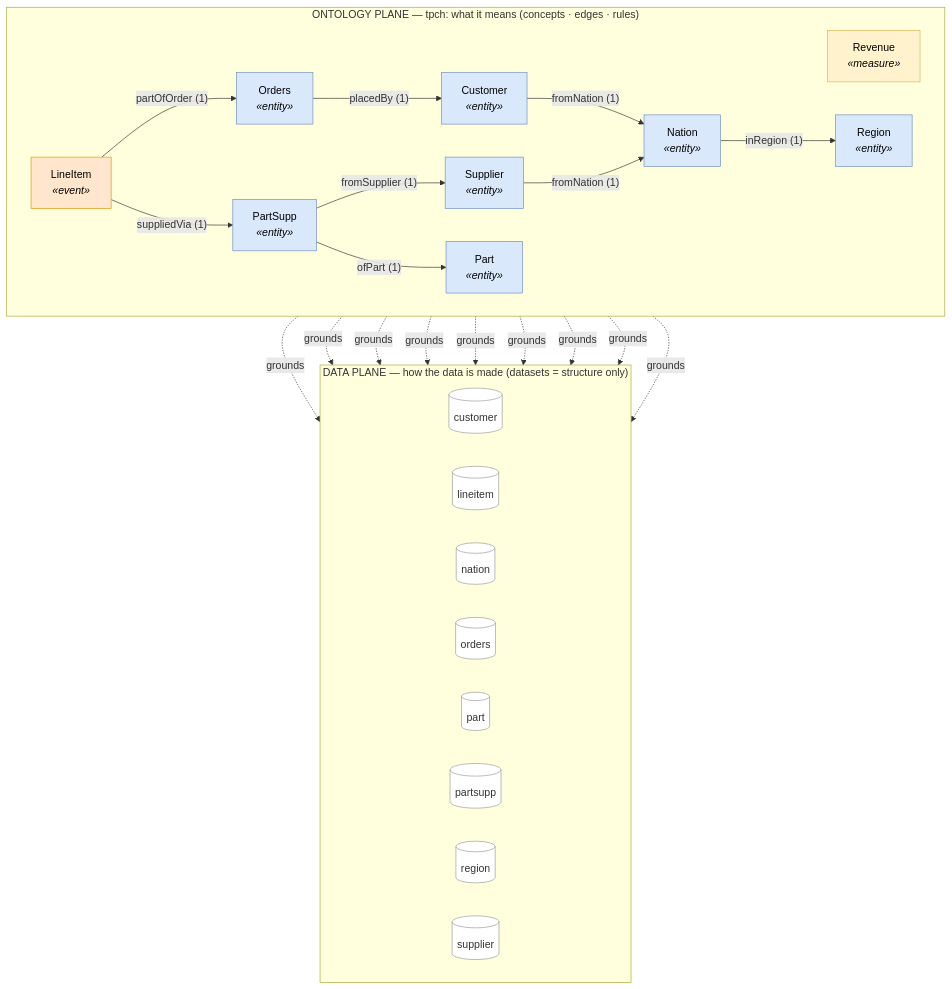
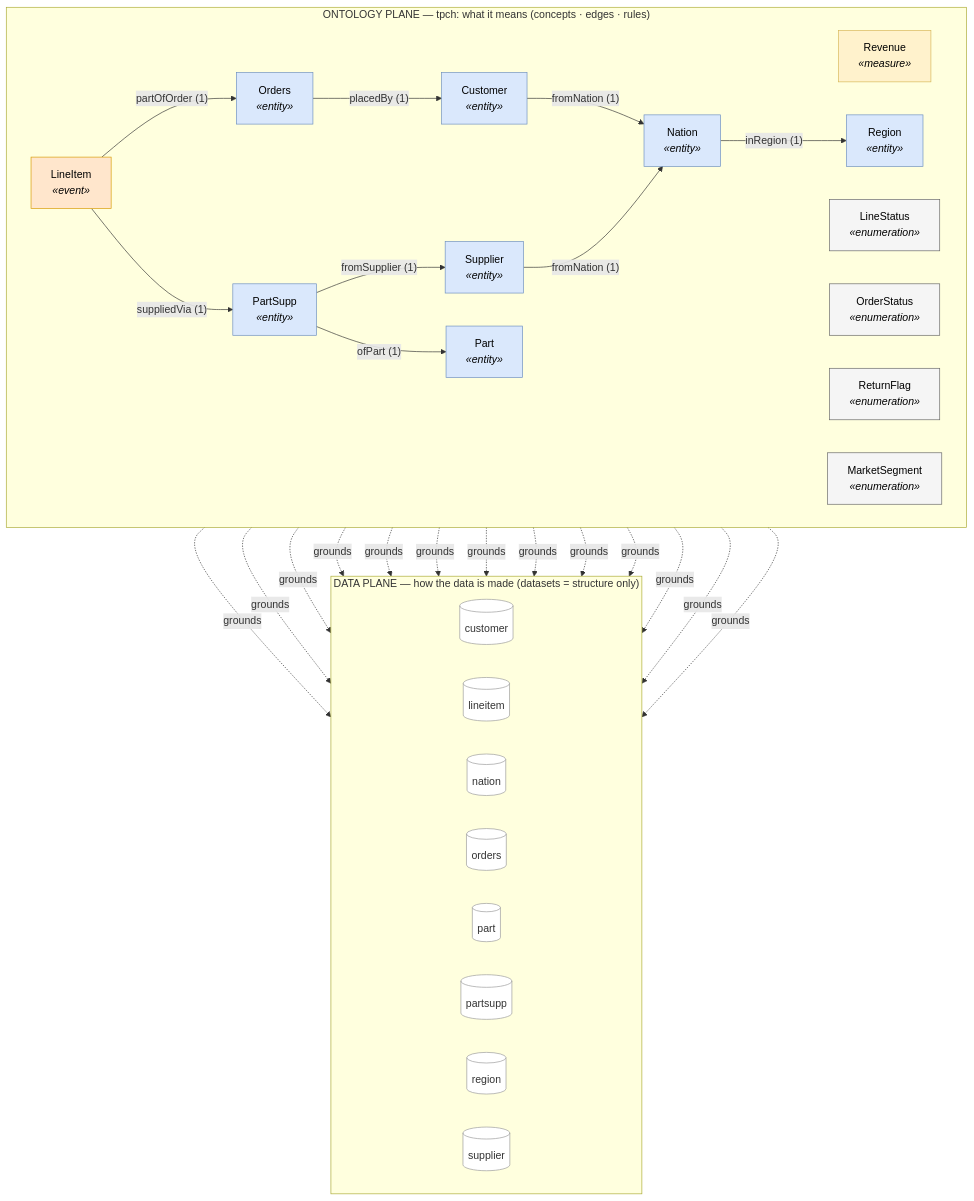
Before and after one commit to d6z7/meaning-as-code: the diagram in example_tpch_ontology/projections/tpch.mmd, drawn with Mermaid. The commit also changed 35 other files, not shown here.

```diff
--- a/example_tpch_ontology/projections/tpch.mmd
+++ b/example_tpch_ontology/projections/tpch.mmd
@@ -1,53 +1,62 @@
 %%{init: {"flowchart": {"curve": "basis"}}}%%
 flowchart TB
   subgraph ONT["ONTOLOGY PLANE — tpch: what it means (concepts · edges · rules)"]
     direction LR
     Revenue["Revenue<br/><i>«measure»</i>"]
     Nation["Nation<br/><i>«entity»</i>"]
     Region["Region<br/><i>«entity»</i>"]
+    LineStatus["LineStatus<br/><i>«enumeration»</i>"]
     LineItem["LineItem<br/><i>«event»</i>"]
+    OrderStatus["OrderStatus<br/><i>«enumeration»</i>"]
     Orders["Orders<br/><i>«entity»</i>"]
+    ReturnFlag["ReturnFlag<br/><i>«enumeration»</i>"]
     Part["Part<br/><i>«entity»</i>"]
     PartSupp["PartSupp<br/><i>«entity»</i>"]
     Customer["Customer<br/><i>«entity»</i>"]
+    MarketSegment["MarketSegment<br/><i>«enumeration»</i>"]
     Supplier["Supplier<br/><i>«entity»</i>"]
     Nation -->|"inRegion (1)"| Region
     Customer -->|"fromNation (1)"| Nation
     Supplier -->|"fromNation (1)"| Nation
     PartSupp -->|"ofPart (1)"| Part
     PartSupp -->|"fromSupplier (1)"| Supplier
     Orders -->|"placedBy (1)"| Customer
     LineItem -->|"partOfOrder (1)"| Orders
     LineItem -->|"suppliedVia (1)"| PartSupp
   end
   subgraph DATA["DATA PLANE — how the data is made (datasets = structure only)"]
     direction LR
     t_customer[("customer")]
     t_lineitem[("lineitem")]
     t_nation[("nation")]
     t_orders[("orders")]
     t_part[("part")]
     t_partsupp[("partsupp")]
     t_region[("region")]
     t_supplier[("supplier")]
   end
   Revenue -. grounds .-> t_lineitem
   Nation -. grounds .-> t_nation
   Region -. grounds .-> t_region
+  LineStatus -. grounds .-> t_lineitem
   LineItem -. grounds .-> t_lineitem
+  OrderStatus -. grounds .-> t_orders
   Orders -. grounds .-> t_orders
+  ReturnFlag -. grounds .-> t_lineitem
   Part -. grounds .-> t_part
   PartSupp -. grounds .-> t_partsupp
   Customer -. grounds .-> t_customer
+  MarketSegment -. grounds .-> t_customer
   Supplier -. grounds .-> t_supplier
   classDef entity fill:#dae8fc,stroke:#6c8ebf,color:#000;
   classDef event fill:#ffe6cc,stroke:#d79b00,color:#000;
   classDef reference fill:#d5e8d4,stroke:#82b366,color:#000;
   classDef grouping fill:#e1d5e7,stroke:#9673a6,color:#000;
   classDef measure fill:#fff2cc,stroke:#d6b656,color:#000;
   classDef enumeration fill:#f5f5f5,stroke:#666,color:#000;
   classDef dataset fill:#ffffff,stroke:#999,color:#333;
   class Revenue measure;
   class Nation,Region,Orders,Part,PartSupp,Customer,Supplier entity;
+  class LineStatus,OrderStatus,ReturnFlag,MarketSegment enumeration;
   class LineItem event;
   class t_customer,t_lineitem,t_nation,t_orders,t_part,t_partsupp,t_region,t_supplier dataset;
```
